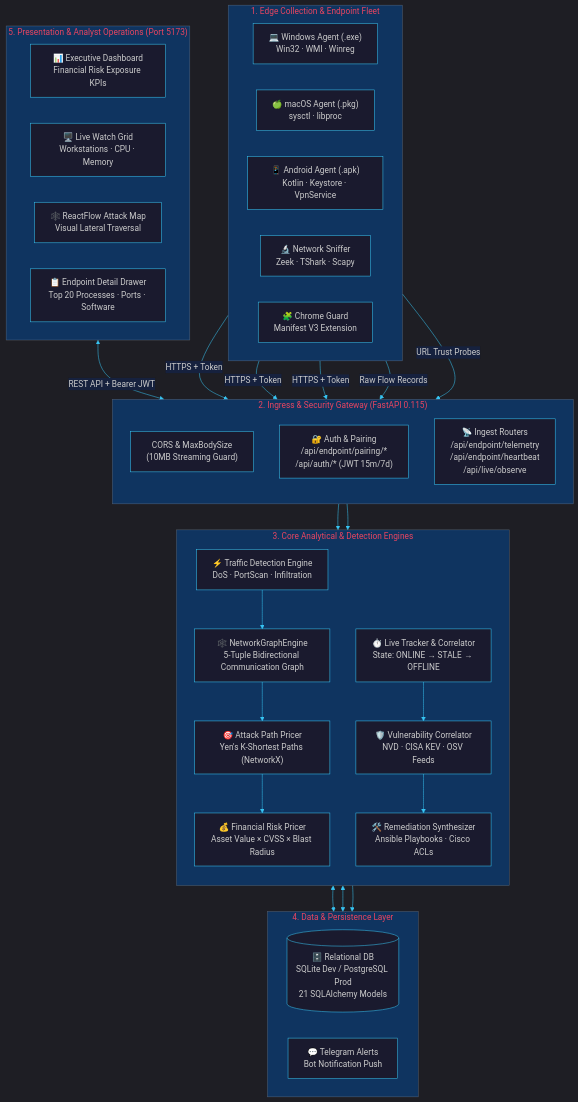
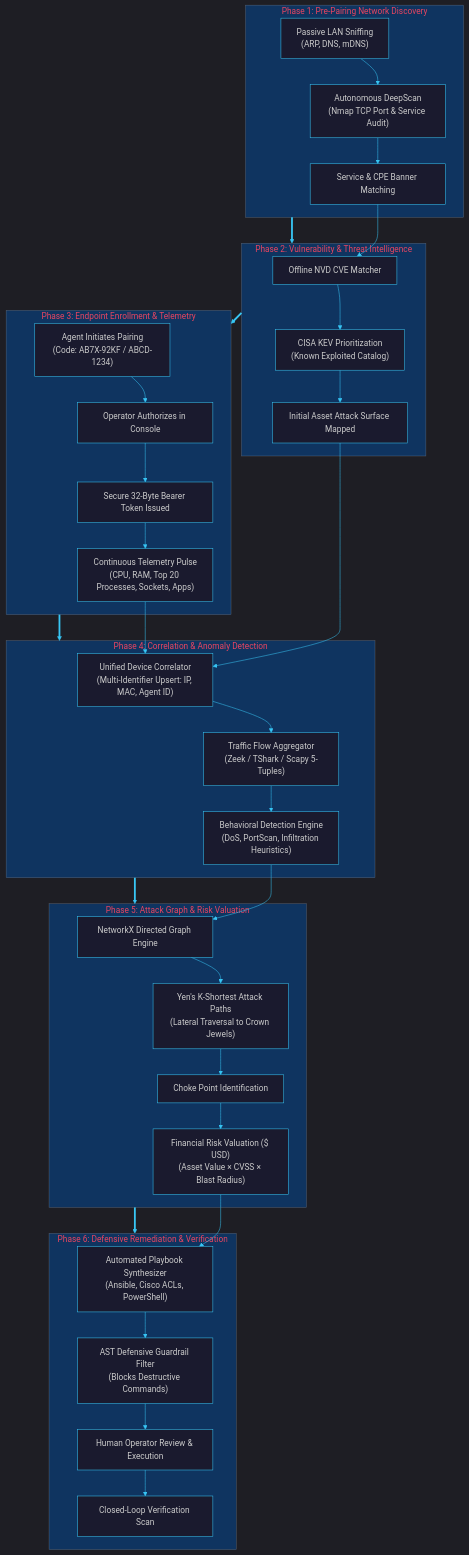
One commit to Subhadip-Paul2006/dhristi changed the first of 6 diagrams in README.md. Above: the diagram before and after it, drawn with Mermaid. The commit also changed other lines of this file and 3 other files, not shown here.

````diff
--- a/README.md
+++ b/README.md
@@ -135,64 +192,42 @@
 ```mermaid
 %%{init: {'theme': 'dark', 'themeVariables': { 'primaryColor': '#1a1a2e', 'primaryTextColor': '#e0e0e0', 'primaryBorderColor': '#38c6f4', 'lineColor': '#38c6f4', 'secondaryColor': '#16213e', 'tertiaryColor': '#0f3460', 'background': '#0a0a1a', 'mainBkg': '#1a1a2e', 'nodeBorder': '#38c6f4', 'clusterBkg': '#0f3460', 'titleColor': '#e94560', 'edgeLabelBackground': '#16213e'}}}%%
-flowchart TB
-    subgraph EDGE_PLANE ["1. Edge Collection & Endpoint Fleet"]
-        direction LR
-        WIN_EP["💻 Windows Agent (.exe)<br/>Win32 · WMI · Winreg"]
-        MAC_EP["🍏 macOS Agent (.pkg)<br/>sysctl · libproc"]
-        AND_EP["📱 Android Agent (.apk)<br/>Kotlin · Keystore · VpnService"]
-        NET_CAP["🔬 Network Sniffer<br/>Zeek · TShark · Scapy"]
-        EXT_CHROME["🧩 Chrome Guard<br/>Manifest V3 Extension"]
+flowchart TD
+    subgraph PHASE1 ["Phase 1: Pre-Pairing Network Discovery"]
+        A1["Passive LAN Sniffing<br/>(ARP, DNS, mDNS)"] --> A2["Autonomous DeepScan<br/>(Nmap TCP Port & Service Audit)"]
+        A2 --> A3["Service & CPE Banner Matching"]
     end
 
-    subgraph INGRESS_PLANE ["2. Ingress & Security Gateway (FastAPI 0.115)"]
-        direction TB
-        CORS["CORS & MaxBodySize<br/>(10MB Streaming Guard)"]
-        AUTH_ROUTER["🔐 Auth & Pairing<br/>/api/endpoint/pairing/*<br/>/api/auth/* (JWT 15m/7d)"]
-        INGEST_ROUTER["📡 Ingest Routers<br/>/api/endpoint/telemetry<br/>/api/endpoint/heartbeat<br/>/api/live/observe"]
+    subgraph PHASE2 ["Phase 2: Vulnerability & Threat Intelligence"]
+        A3 --> B1["Offline NVD CVE Matcher"]
+        B1 --> B2["CISA KEV Prioritization<br/>(Known Exploited Catalog)"]
+        B2 --> B3["Initial Asset Attack Surface Mapped"]
     end
 
-    subgraph ENGINE_PLANE ["3. Core Analytical & Detection Engines"]
-        direction TB
-        LIVE_TRACK["⏱️ Live Tracker & Correlator<br/>State: ONLINE → STALE → OFFLINE"]
-        TRAFFIC_DET["⚡ Traffic Detection Engine<br/>DoS · PortScan · Infiltration"]
-        GRAPH_ENG["🕸️ NetworkGraphEngine<br/>5-Tuple Bidirectional Communication Graph"]
-        YEN_ATK["🎯 Attack Path Pricer<br/>Yen's K-Shortest Paths (NetworkX)"]
-        RISK_PRC["💰 Financial Risk Pricer<br/>Asset Value × CVSS × Blast Radius"]
-        VULN_INTEL["🛡️ Vulnerability Correlator<br/>NVD · CISA KEV · OSV Feeds"]
-        REMED["🛠️ Remediation Synthesizer<br/>Ansible Playbooks · Cisco ACLs"]
+    subgraph PHASE3 ["Phase 3: Endpoint Enrollment & Telemetry"]
+        C1["Agent Initiates Pairing<br/>(Code: AB7X-92KF / ABCD-1234)"] --> C2["Operator Authorizes in Console"]
+        C2 --> C3["Secure 32-Byte Bearer Token Issued"]
+        C3 --> C4["Continuous Telemetry Pulse<br/>(CPU, RAM, Top 20 Processes, Sockets, Apps)"]
     end
 
-    subgraph PERSISTENCE_PLANE ["4. Data & Persistence Layer"]
-        direction LR
-        SQL_DB[(🗄️ Relational DB<br/>SQLite Dev / PostgreSQL Prod<br/>21 SQLAlchemy Models)]
-        TELEGRAM["💬 Telegram Alerts<br/>Bot Notification Push"]
+    subgraph PHASE4 ["Phase 4: Correlation & Anomaly Detection"]
+        C4 & B3 --> D1["Unified Device Correlator<br/>(Multi-Identifier Upsert: IP, MAC, Agent ID)"]
+        D1 --> D2["Traffic Flow Aggregator<br/>(Zeek / TShark / Scapy 5-Tuples)"]
+        D2 --> D3["Behavioral Detection Engine<br/>(DoS, PortScan, Infiltration Heuristics)"]
     end
 
-    subgraph SOC_PLANE ["5. Presentation & Analyst Operations (Port 5173)"]
-        direction LR
-        UI_DASH["📊 Executive Dashboard<br/>Financial Risk Exposure KPIs"]
-        UI_GRID["🖥️ Live Watch Grid<br/>Workstations · CPU · Memory"]
-        UI_GRAPH["🕸️ ReactFlow Attack Map<br/>Visual Lateral Traversal"]
-        UI_DRAWER["📋 Endpoint Detail Drawer<br/>Top 20 Processes · Ports · Software"]
+    subgraph PHASE5 ["Phase 5: Attack Graph & Risk Valuation"]
+        D3 --> E1["NetworkX Directed Graph Engine"]
+        E1 --> E2["Yen's K-Shortest Attack Paths<br/>(Lateral Traversal to Crown Jewels)"]
+        E2 --> E3["Choke Point Identification"]
+        E3 --> E4["Financial Risk Valuation ($ USD)<br/>(Asset Value × CVSS × Blast Radius)"]
     end
 
-    WIN_EP -->|HTTPS + Token| INGEST_ROUTER
-    MAC_EP -->|HTTPS + Token| INGEST_ROUTER
-    AND_EP -->|HTTPS + Token| INGEST_ROUTER
-    NET_CAP -->|Raw Flow Records| INGEST_ROUTER
-    EXT_CHROME -->|URL Trust Probes| INGEST_ROUTER
+    subgraph PHASE6 ["Phase 6: Defensive Remediation & Verification"]
+        E4 --> F1["Automated Playbook Synthesizer<br/>(Ansible, Cisco ACLs, PowerShell)"]
+        F1 --> F2["AST Defensive Guardrail Filter<br/>(Blocks Destructive Commands)"]
+        F2 --> F3["Human Operator Review & Execution"]
+        F3 --> F4["Closed-Loop Verification Scan"]
+    end
 
-    INGEST_ROUTER --> LIVE_TRACK
-    INGEST_ROUTER --> TRAFFIC_DET
-    TRAFFIC_DET --> GRAPH_ENG
-    GRAPH_ENG --> YEN_ATK
-    YEN_ATK --> RISK_PRC
-    LIVE_TRACK --> VULN_INTEL
-    VULN_INTEL --> REMED
-
-    LIVE_TRACK <--> SQL_DB
-    RISK_PRC <--> SQL_DB
-    VULN_INTEL --> TELEGRAM
-
-    SOC_PLANE <-->|REST API + Bearer JWT| INGRESS_PLANE
+    PHASE1 ==> PHASE2 ==> PHASE3 ==> PHASE4 ==> PHASE5 ==> PHASE6
 ```
````
